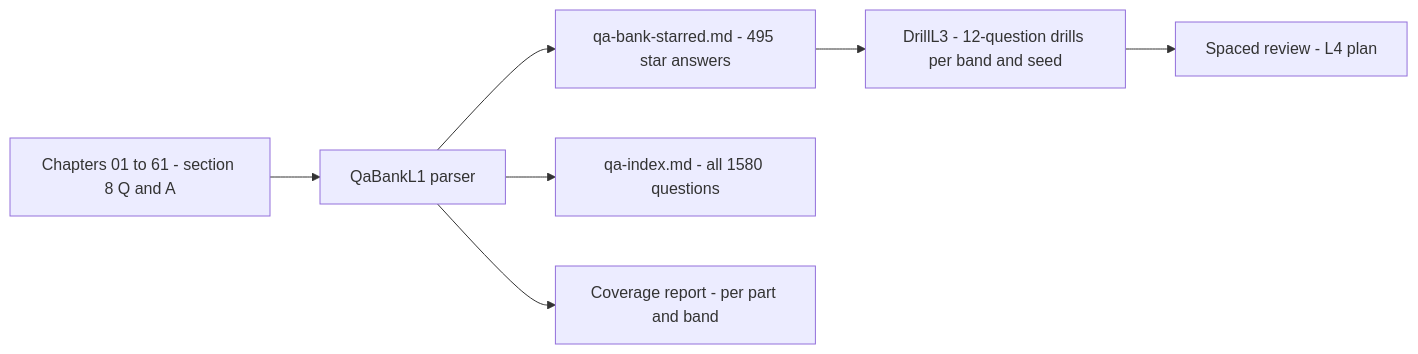
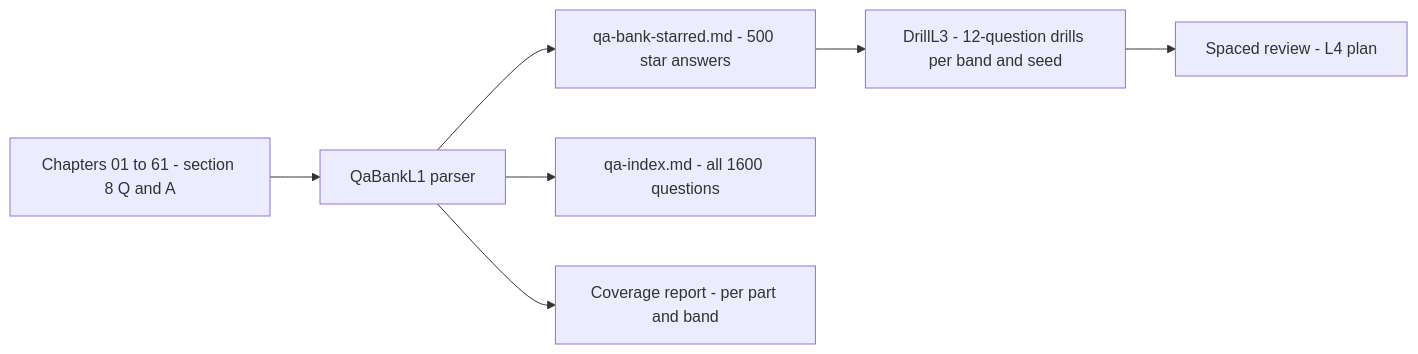
One commit to khiruashish/system-design-playbook changed the first of 4 diagrams in docs/07-interview/59-interview-qa-bank.md. Above: the diagram before and after it, drawn with Mermaid. The commit also changed other lines of this file and 25 other files, not shown here.

````diff
--- a/docs/07-interview/59-interview-qa-bank.md
+++ b/docs/07-interview/59-interview-qa-bank.md
@@ -175,9 +175,9 @@
 ```mermaid
 flowchart LR
     CH[Chapters 01 to 61 - section 8 Q and A] --> P[QaBankL1 parser]
-    P --> B[qa-bank-starred.md - 495 star answers]
-    P --> X[qa-index.md - all 1580 questions]
+    P --> B[qa-bank-starred.md - 500 star answers]
+    P --> X[qa-index.md - all 1600 questions]
     P --> S[Coverage report - per part and band]
     B --> D[DrillL3 - 12-question drills per band and seed]
     D --> R[Spaced review - L4 plan]
 ```
````
